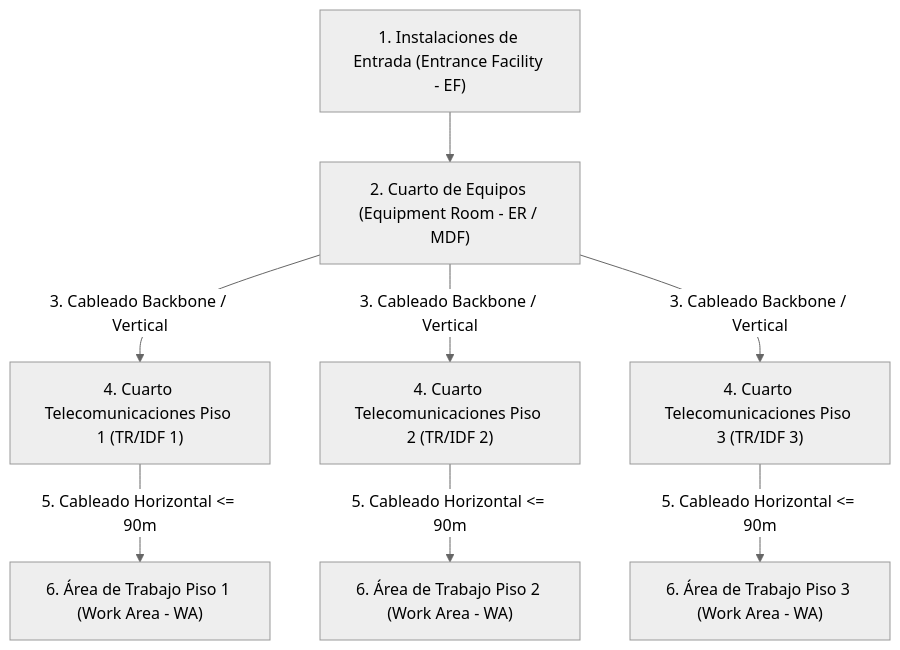
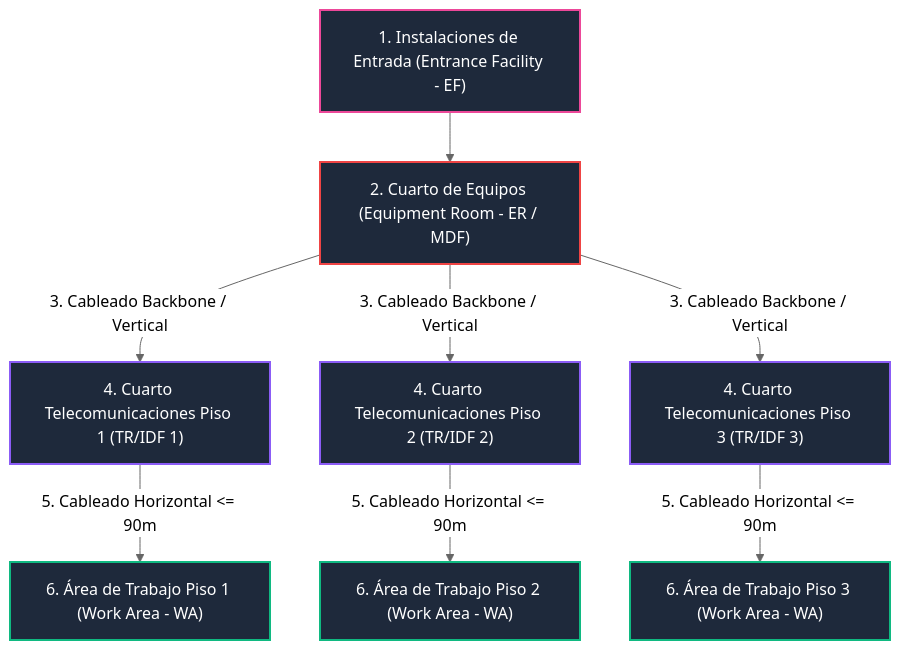
Before and after one commit to ch4rf/redes-computadoras: the first of 2 diagrams in Teoria/Modulo_3_Cableado_Estructurado/02_Los_6_Subsistemas_Cableado.md, drawn with Mermaid (neutral theme). The commit also changed other lines of this file and 12 other files, not shown here.

Commit message:
fix: reemplazar arte ascii por diagramas nativos mermaid y tablas responsivas para obsidian y vscode

````diff
--- a/Teoria/Modulo_3_Cableado_Estructurado/02_Los_6_Subsistemas_Cableado.md
+++ b/Teoria/Modulo_3_Cableado_Estructurado/02_Los_6_Subsistemas_Cableado.md
@@ -10,11 +10,20 @@
 ```mermaid
-graph TD
+flowchart TD
     EF["1. Instalaciones de Entrada (Entrance Facility - EF)"] --> ER["2. Cuarto de Equipos (Equipment Room - ER / MDF)"]
-    ER -->|3. Cableado Backbone / Vertical| TR1["4. Cuarto Telecomunicaciones Piso 1 (TR/IDF 1)"]
-    ER -->|3. Cableado Backbone / Vertical| TR2["4. Cuarto Telecomunicaciones Piso 2 (TR/IDF 2)"]
-    ER -->|3. Cableado Backbone / Vertical| TR3["4. Cuarto Telecomunicaciones Piso 3 (TR/IDF 3)"]
+    ER -->|"3. Cableado Backbone / Vertical"| TR1["4. Cuarto Telecomunicaciones Piso 1 (TR/IDF 1)"]
+    ER -->|"3. Cableado Backbone / Vertical"| TR2["4. Cuarto Telecomunicaciones Piso 2 (TR/IDF 2)"]
+    ER -->|"3. Cableado Backbone / Vertical"| TR3["4. Cuarto Telecomunicaciones Piso 3 (TR/IDF 3)"]
     
-    TR1 -->|5. Cableado Horizontal <= 90m| WA1["6. Área de Trabajo Piso 1 (Work Area - WA)"]
-    TR2 -->|5. Cableado Horizontal <= 90m| WA2["6. Área de Trabajo Piso 2 (Work Area - WA)"]
-    TR3 -->|5. Cableado Horizontal <= 90m| WA3["6. Área de Trabajo Piso 3 (Work Area - WA)"]
+    TR1 -->|"5. Cableado Horizontal <= 90m"| WA1["6. Área de Trabajo Piso 1 (Work Area - WA)"]
+    TR2 -->|"5. Cableado Horizontal <= 90m"| WA2["6. Área de Trabajo Piso 2 (Work Area - WA)"]
+    TR3 -->|"5. Cableado Horizontal <= 90m"| WA3["6. Área de Trabajo Piso 3 (Work Area - WA)"]
+
+    style EF fill:#1e293b,stroke:#ec4899,stroke-width:2px,color:#fff
+    style ER fill:#1e293b,stroke:#ef4444,stroke-width:2px,color:#fff
+    style TR1 fill:#1e293b,stroke:#8b5cf6,stroke-width:2px,color:#fff
+    style TR2 fill:#1e293b,stroke:#8b5cf6,stroke-width:2px,color:#fff
+    style TR3 fill:#1e293b,stroke:#8b5cf6,stroke-width:2px,color:#fff
+    style WA1 fill:#1e293b,stroke:#10b981,stroke-width:2px,color:#fff
+    style WA2 fill:#1e293b,stroke:#10b981,stroke-width:2px,color:#fff
+    style WA3 fill:#1e293b,stroke:#10b981,stroke-width:2px,color:#fff
 ```
````
